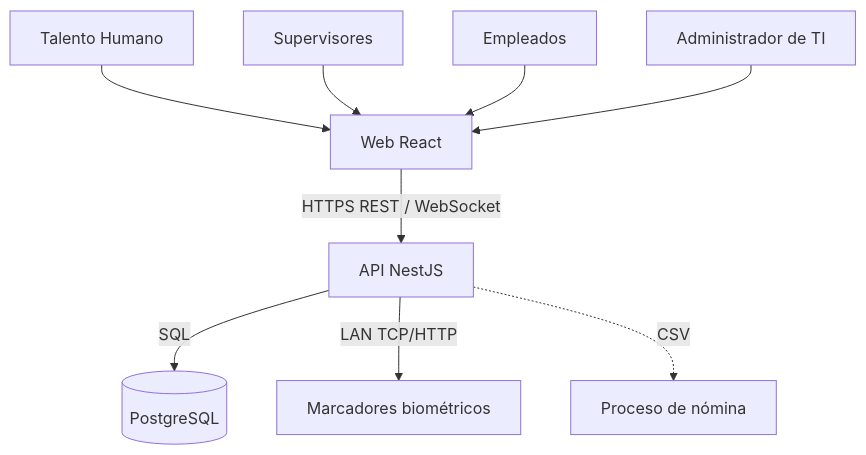
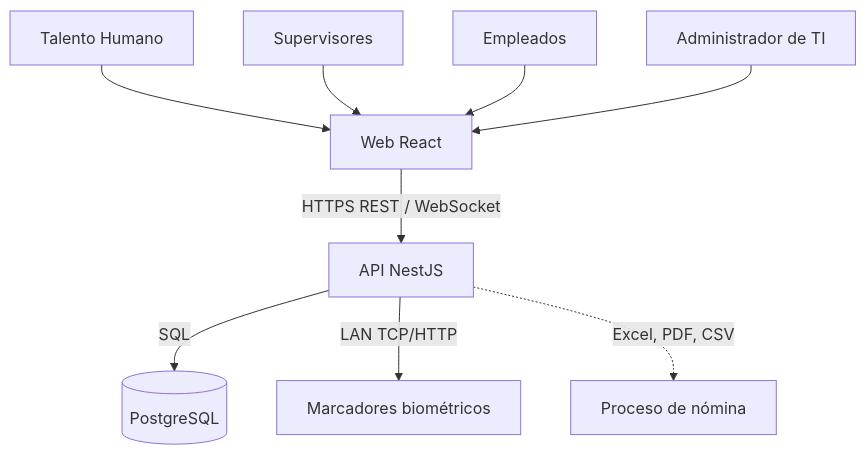
Before and after one commit to Angel17jc/AsistControl: the first of 2 diagrams in docs/architecture.md, drawn with Mermaid. The commit also changed other lines of this file and 20 other files, not shown here.

First line of the commit message:
feat(api): download the month of attendance in Excel and PDF (#143)

````diff
--- a/docs/architecture.md
+++ b/docs/architecture.md
@@ -13,11 +13,11 @@
 ```mermaid
 flowchart TB
   RRHH[Talento Humano] --> WEB
   SUP[Supervisores] --> WEB
   EMP[Empleados] --> WEB
   ADM[Administrador de TI] --> WEB
   WEB[Web React] -- HTTPS REST / WebSocket --> API[API NestJS]
   API -- SQL --> PG[(PostgreSQL)]
   API -- LAN TCP/HTTP --> DEV[Marcadores biométricos]
-  API -. CSV .-> NOMINA[Proceso de nómina]
+  API -. Excel, PDF, CSV .-> NOMINA[Proceso de nómina]
 ```
````
